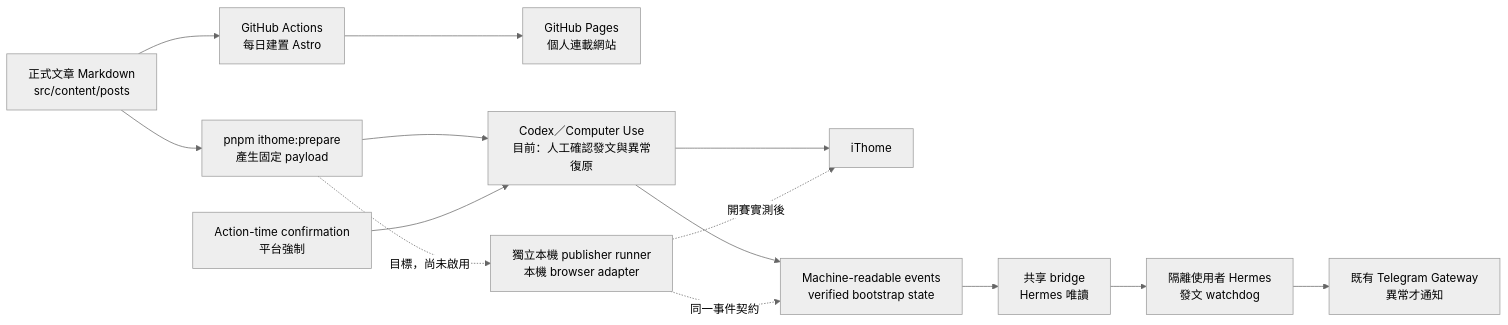
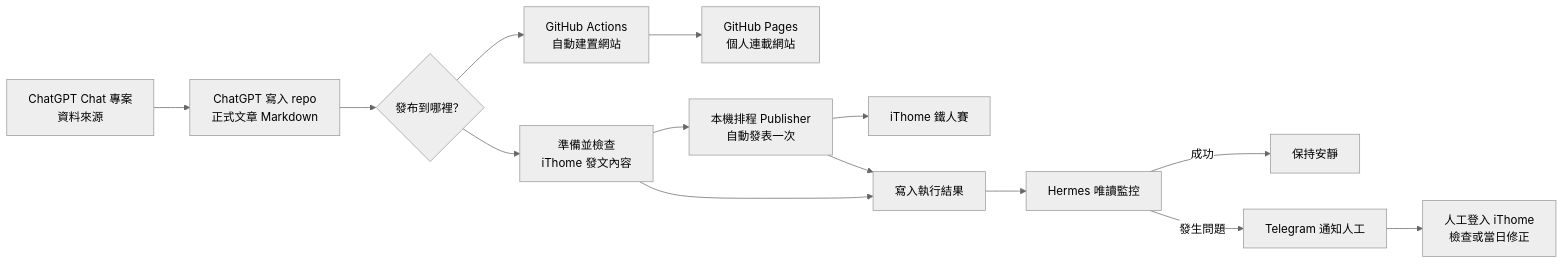
One commit to NickJavaDev88/ithome-2026 changed the diagram in README.md. Above: the diagram before and after it, drawn with Mermaid (neutral theme). The commit also changed other lines of this file, not shown here.

Commit message:
docs(publisher): 整合自動發布架構與內容來源說明

````diff
--- a/README.md
+++ b/README.md
@@ -22,19 +22,19 @@
 ```mermaid
 flowchart LR
-    A[正式文章 Markdown<br/>src/content/posts] --> B[GitHub Actions<br/>每日建置 Astro]
-    B --> C[GitHub Pages<br/>個人連載網站]
+    A[ChatGPT Chat 專案<br/>資料來源] --> B[ChatGPT 寫入 repo<br/>正式文章 Markdown]
+    B --> C{發布到哪裡？}
 
-    A --> D[pnpm ithome:prepare<br/>產生固定 payload]
-    D --> E[Codex／Computer Use<br/>目前：人工確認發文與異常復原]
-    H[Action-time confirmation<br/>平台強制] --> E
-    E --> F[iThome]
+    C --> D[GitHub Actions<br/>自動建置網站]
+    D --> E[GitHub Pages<br/>個人連載網站]
 
-    D -. 目標，尚未啟用 .-> L[獨立本機 publisher runner<br/>本機 browser adapter]
-    L -. 開賽實測後 .-> F
+    C --> F[準備並檢查<br/>iThome 發文內容]
+    F --> G[本機排程 Publisher<br/>自動發表一次]
+    G --> H[iThome 鐵人賽]
 
-    E --> G[Machine-readable events<br/>verified bootstrap state]
-    L -. 同一事件契約 .-> G
-    G --> I[共享 bridge<br/>Hermes 唯讀]
-    I --> J[隔離使用者 Hermes<br/>發文 watchdog]
-    J --> K[既有 Telegram Gateway<br/>異常才通知]
+    F --> I[寫入執行結果]
+    G --> I
+    I --> J[Hermes 唯讀監控]
+    J -->|成功| K[保持安靜]
+    J -->|發生問題| L[Telegram 通知人工]
+    L --> M[人工登入 iThome<br/>檢查或當日修正]
 ```
````
